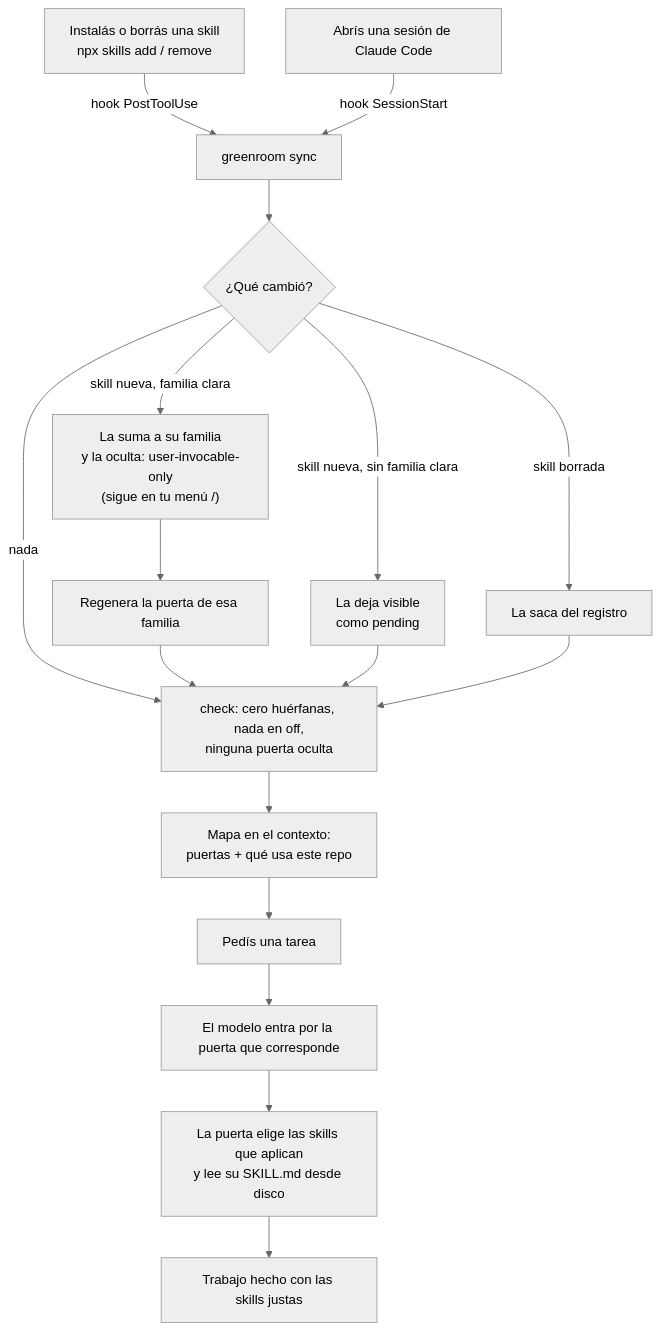
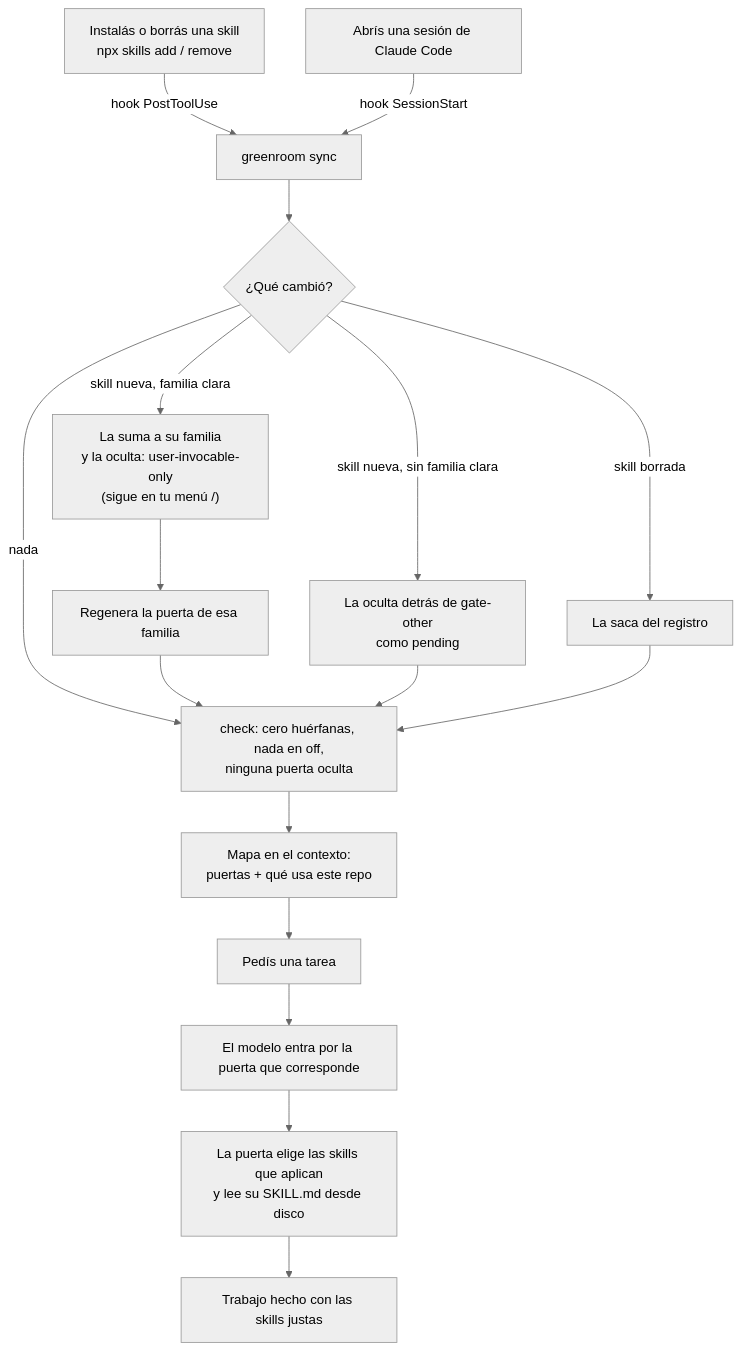
One commit to PapiScholz/greenroom changed the diagram in README.es.md. Above: the diagram before and after it, drawn with Mermaid (neutral theme). The commit also changed other lines of this file and 6 other files, not shown here.

First line of the commit message:
feat: clasificación por palabra completa, puerta gate-other para pendientes y aviso de contexto doble

````diff
--- a/README.es.md
+++ b/README.es.md
@@ -46,19 +46,19 @@
 ```mermaid
 flowchart TD
     I["Instalás o borrás una skill<br/>npx skills add / remove"] -->|hook PostToolUse| S
     O["Abrís una sesión de Claude Code"] -->|hook SessionStart| S
     S["greenroom sync"] --> N{"¿Qué cambió?"}
     N -->|"skill nueva, familia clara"| H["La suma a su familia<br/>y la oculta: user-invocable-only<br/>(sigue en tu menú /)"]
-    N -->|"skill nueva, sin familia clara"| P["La deja visible<br/>como pending"]
+    N -->|"skill nueva, sin familia clara"| P["La oculta detrás de gate-other<br/>como pending"]
     N -->|"skill borrada"| R["La saca del registro"]
     N -->|nada| K
     H --> G["Regenera la puerta de esa familia"]
     G --> K
     P --> K
     R --> K
     K["check: cero huérfanas, nada en off,<br/>ninguna puerta oculta"] --> M["Mapa en el contexto:<br/>puertas + qué usa este repo"]
     M --> T["Pedís una tarea"]
     T --> E["El modelo entra por la puerta que corresponde"]
     E --> L["La puerta elige las skills que aplican<br/>y lee su SKILL.md desde disco"]
     L --> W["Trabajo hecho con las skills justas"]
 ```
````
